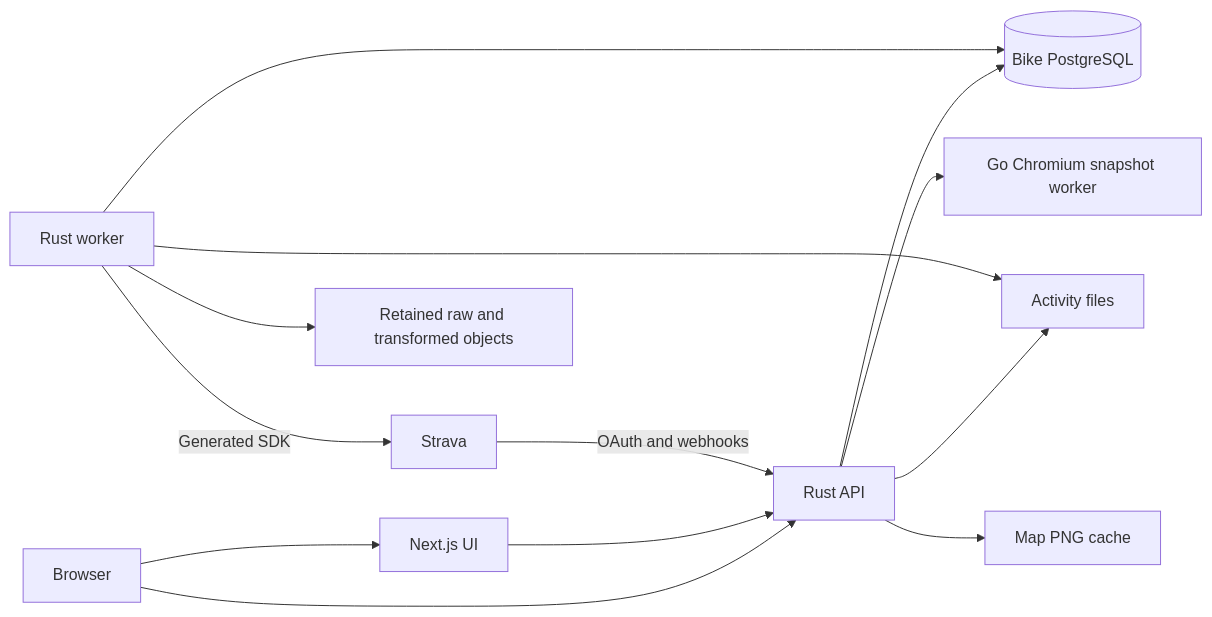
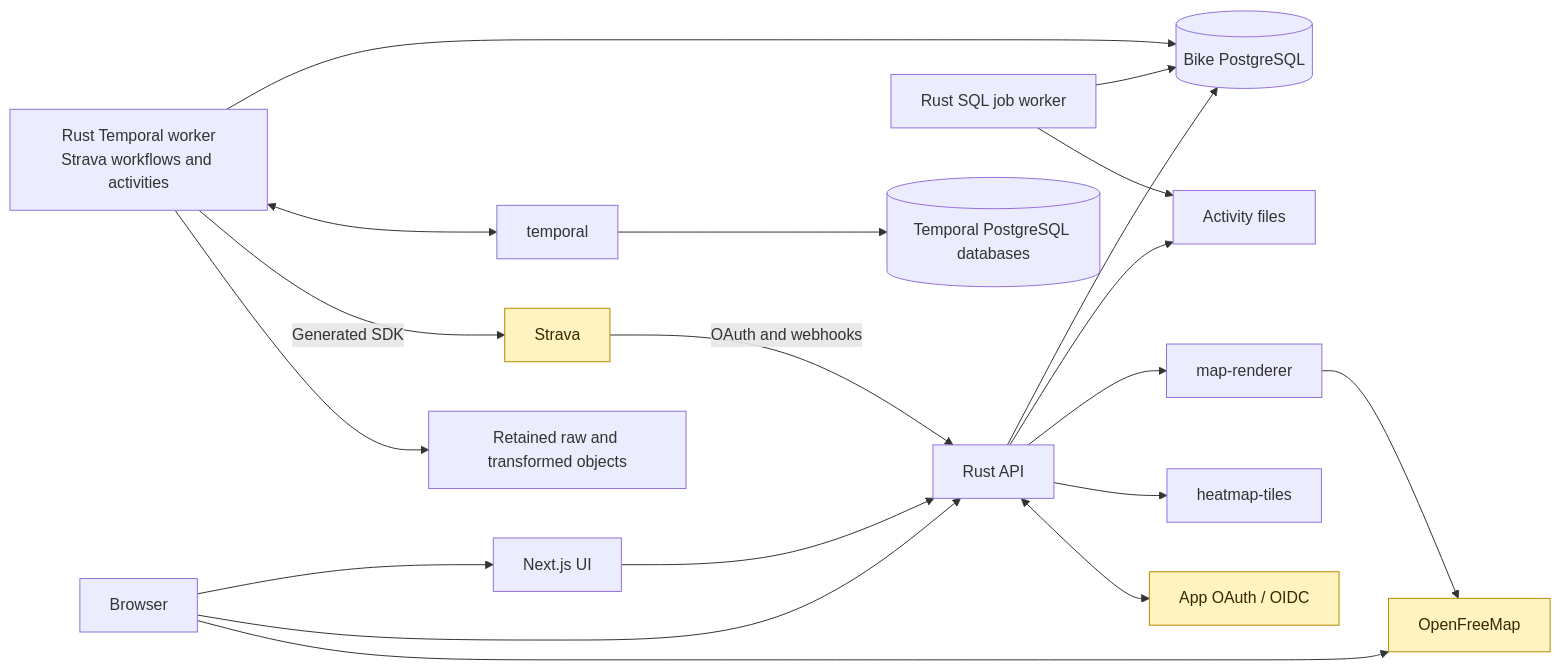
Before and after one commit to ericbutera/bike: the diagram in docs/architecture.md, drawn with Mermaid. The commit also changed other lines of this file and 1 other file, not shown here.

Commit message:
docs: clarify architecture and streamline README

````diff
--- a/docs/architecture.md
+++ b/docs/architecture.md
@@ -9,15 +10,24 @@
 ```mermaid
 flowchart LR
     Browser[Browser] --> UI[Next.js UI]
     Browser --> API[Rust API]
     UI --> API
     API --> DB[(Bike PostgreSQL)]
-    Worker[Rust worker] --> DB
+    Worker[Rust SQL job worker] --> DB
     API --> Files[Activity files]
     Worker --> Files
-    API --> Maps[Go Chromium snapshot worker]
-    API --> MapCache[Map PNG cache]
+    API --> Maps["map-renderer"]
+    API --> HeatmapTiles["heatmap-tiles"]
     Strava[Strava] -->|OAuth and webhooks| API
-    Worker -->|Generated SDK| Strava
-    Worker --> ProviderObjects[Retained raw and transformed objects]
+    TemporalWorker["Rust Temporal worker<br/>Strava workflows and activities"] --> DB
+    TemporalWorker <--> Temporal["temporal"]
+    Temporal --> TemporalDB[(Temporal PostgreSQL databases)]
+    TemporalWorker -->|Generated SDK| Strava
+    TemporalWorker --> ProviderObjects[Retained raw and transformed objects]
+    API <--> OAuth["App OAuth / OIDC"]
+    Browser --> OpenMaps["OpenFreeMap"]
+    Maps --> OpenMaps
+
+    classDef thirdParty fill:#fff3bf,stroke:#b58b00,color:#332b00
+    class OAuth,Strava,OpenMaps thirdParty
 ```
````
